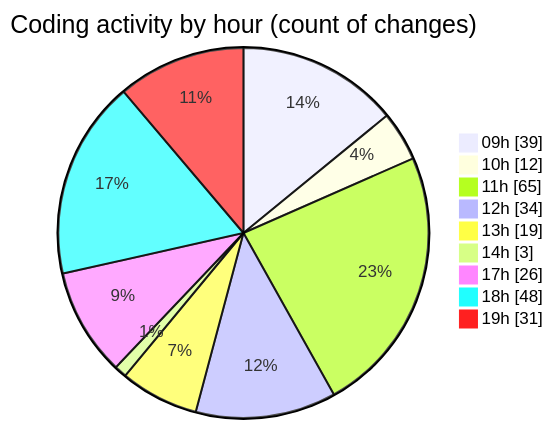
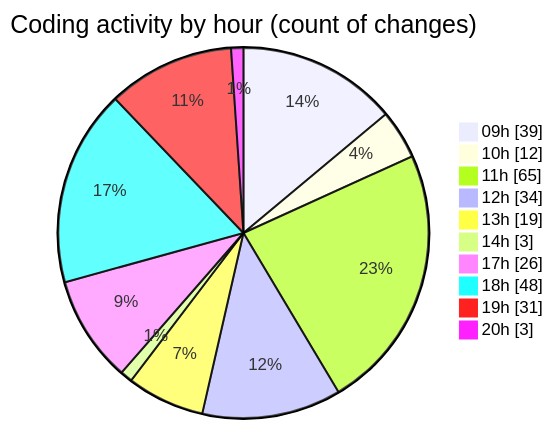
One commit to momahboobian/code-tracking changed the second of 2 diagrams in 2025-03-04/cda/README.md. Above: the diagram before and after it, drawn with Mermaid. The commit also changed other lines of this file and 1 other file, not shown here.

````diff
--- a/2025-03-04/cda/README.md
+++ b/2025-03-04/cda/README.md
@@ -41,13 +41,14 @@
 ```mermaid
 pie showData
 title Coding activity by hour (count of changes)
 "09h" : 39
 "10h" : 12
 "11h" : 65
 "12h" : 34
 "13h" : 19
 "14h" : 3
 "17h" : 26
 "18h" : 48
 "19h" : 31
+"20h" : 3
 ```
````
